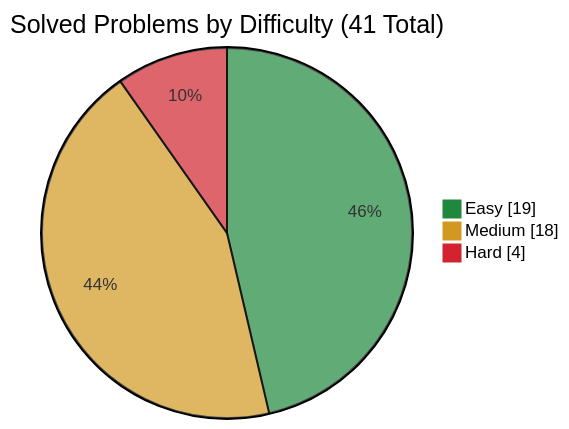
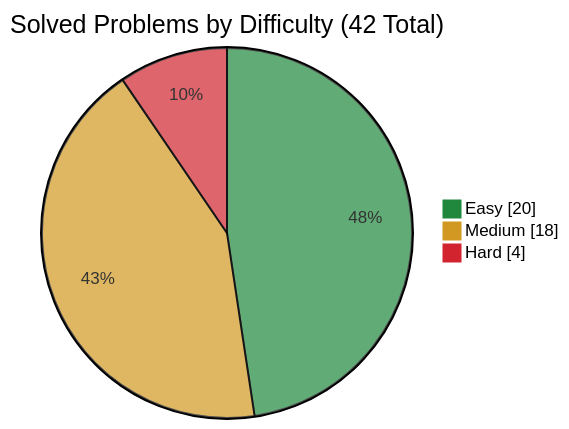
One commit to simonesiega/leetcode-solutions changed the second of 4 diagrams in README.md. Above: the diagram before and after it, drawn with Mermaid. The commit also changed other lines of this file and 4 other files, not shown here.

````diff
--- a/README.md
+++ b/README.md
@@ -91,8 +91,8 @@
 ```mermaid
 %%{init: {"themeVariables": {"pie1": "#1f883d", "pie2": "#d29922", "pie3": "#d1242f"}}}%%
 pie showData
-    title Solved Problems by Difficulty (41 Total)
-    "Easy" : 19
+    title Solved Problems by Difficulty (42 Total)
+    "Easy" : 20
     "Medium" : 18
     "Hard" : 4
 ```
````
